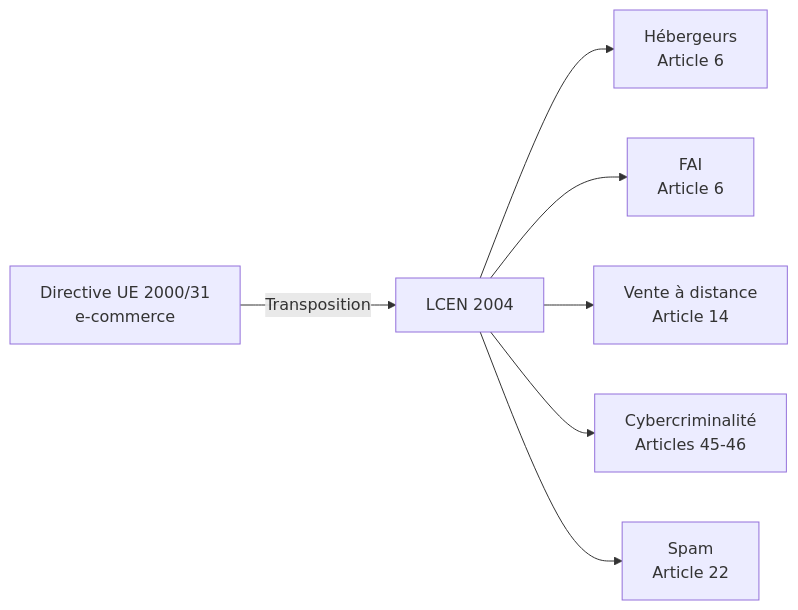
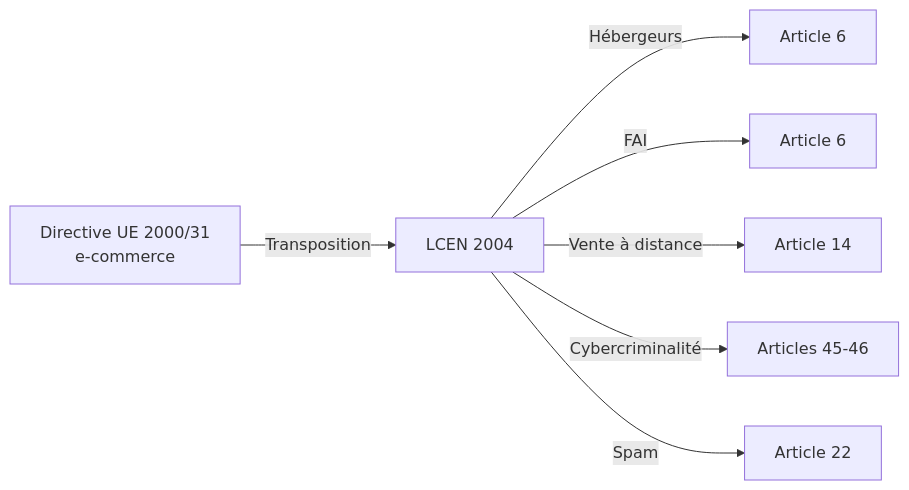
The first of 7 diagrams in docs/cursus-forensic/01-cycle-0-fondations/module-1-legislation/05-lcen-2004.md (zyrass/omnydocs), drawn with Mermaid before and after one commit. The commit also changed other lines of this file and 171 other files, not shown here.

````diff
--- a/docs/cursus-forensic/01-cycle-0-fondations/module-1-legislation/05-lcen-2004.md
+++ b/docs/cursus-forensic/01-cycle-0-fondations/module-1-legislation/05-lcen-2004.md
@@ -51,9 +53,9 @@
 ```mermaid
 flowchart LR
-    A[Directive UE 2000/31<br>e-commerce] -->|Transposition| B[LCEN 2004]
-    B --> C[Hébergeurs<br>Article 6]
-    B --> D[FAI<br>Article 6]
-    B --> E[Vente à distance<br>Article 14]
-    B --> F[Cybercriminalité<br>Articles 45-46]
-    B --> G[Spam<br>Article 22]
+    A["Directive UE 2000/31<br>e-commerce"] -->|"Transposition"| B["LCEN 2004"]
+    B --> |Hébergeurs| C["Article 6"]
+    B --> |FAI| D["Article 6"]
+    B --> |Vente à distance| E["Article 14"]
+    B --> |Cybercriminalité| F["Articles 45-46"]
+    B --> |Spam| G["Article 22"]
 ```
````
